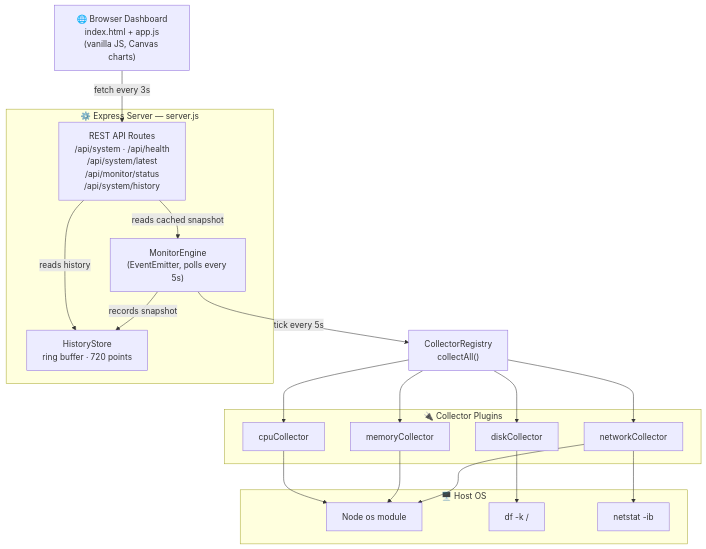
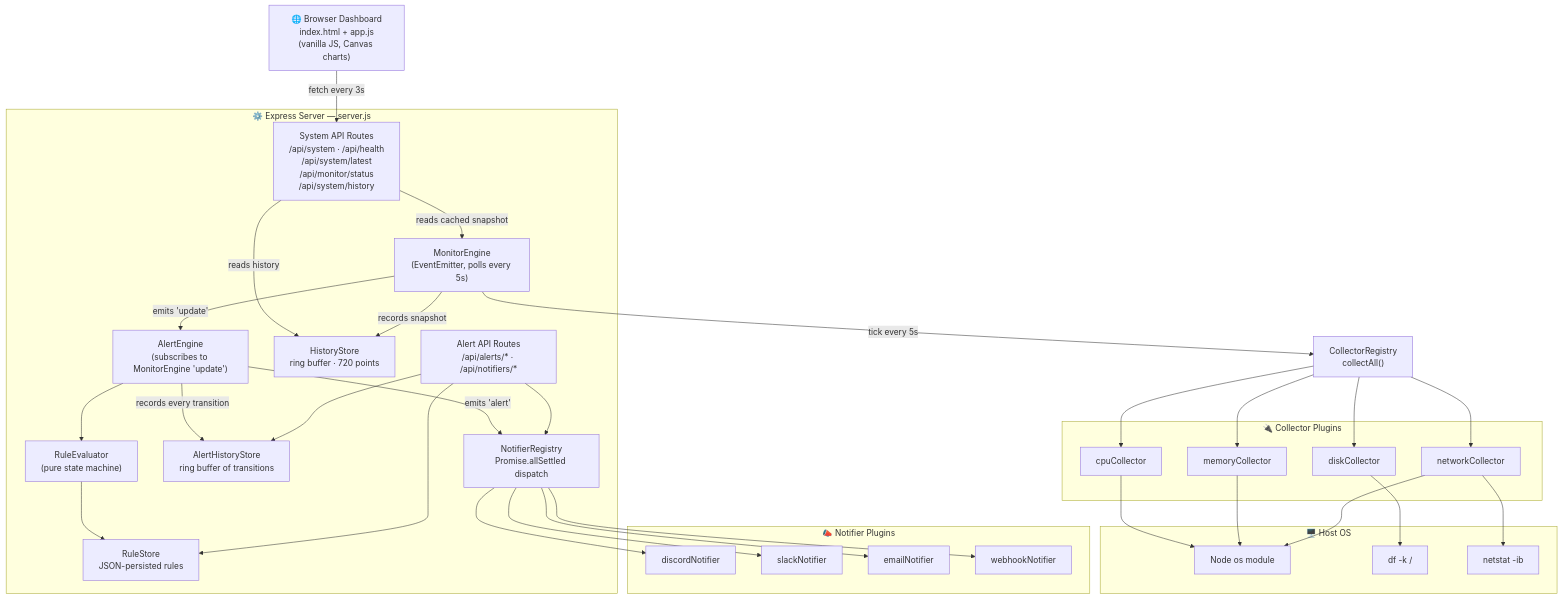
One commit to noobdna/SND_HOME changed the first of 2 diagrams in README.md. Above: the diagram before and after it, drawn with Mermaid. The commit also changed other lines of this file and 5 other files, not shown here.

````diff
--- a/README.md
+++ b/README.md
@@ -70,37 +74,59 @@
 ```mermaid
 graph TB
     Browser["🌐 Browser Dashboard<br/>index.html + app.js<br/>(vanilla JS, Canvas charts)"]
 
     subgraph Server["⚙️ Express Server — server.js"]
-        API["REST API Routes<br/>/api/system · /api/health<br/>/api/system/latest<br/>/api/monitor/status<br/>/api/system/history"]
+        API["System API Routes<br/>/api/system · /api/health<br/>/api/system/latest<br/>/api/monitor/status<br/>/api/system/history"]
+        AlertAPI["Alert API Routes<br/>/api/alerts/* · /api/notifiers/*"]
         Engine["MonitorEngine<br/>(EventEmitter, polls every 5s)"]
         History["HistoryStore<br/>ring buffer · 720 points"]
+        AlertEngine["AlertEngine<br/>(subscribes to MonitorEngine 'update')"]
+        RuleEval["RuleEvaluator<br/>(pure state machine)"]
+        RuleStore["RuleStore<br/>JSON-persisted rules"]
+        AlertHistory["AlertHistoryStore<br/>ring buffer of transitions"]
+        NotifierReg["NotifierRegistry<br/>Promise.allSettled dispatch"]
     end
 
     Registry["CollectorRegistry<br/>collectAll()"]
 
     subgraph Collectors["🔌 Collector Plugins"]
         CPU[cpuCollector]
         MEM[memoryCollector]
         DISK[diskCollector]
         NET[networkCollector]
+    end
+
+    subgraph Notifiers["📣 Notifier Plugins"]
+        Discord[discordNotifier]
+        Slack[slackNotifier]
+        Email[emailNotifier]
+        Webhook[webhookNotifier]
     end
 
     subgraph Host["🖥️ Host OS"]
         OSMod["Node os module"]
         DF["df -k /"]
         NETSTAT["netstat -ib"]
     end
 
     Browser -- "fetch every 3s" --> API
     API -- "reads cached snapshot" --> Engine
     API -- "reads history" --> History
     Engine -- "tick every 5s" --> Registry
     Registry --> CPU & MEM & DISK & NET
     Engine -- "records snapshot" --> History
+    Engine -- "emits 'update'" --> AlertEngine
+    AlertEngine --> RuleEval
+    RuleEval --> RuleStore
+    AlertEngine -- "records every transition" --> AlertHistory
+    AlertEngine -- "emits 'alert'" --> NotifierReg
+    NotifierReg --> Discord & Slack & Email & Webhook
+    AlertAPI --> RuleStore
+    AlertAPI --> AlertHistory
+    AlertAPI --> NotifierReg
     CPU --> OSMod
     MEM --> OSMod
     DISK --> DF
     NET --> OSMod
     NET --> NETSTAT
 ```
````
